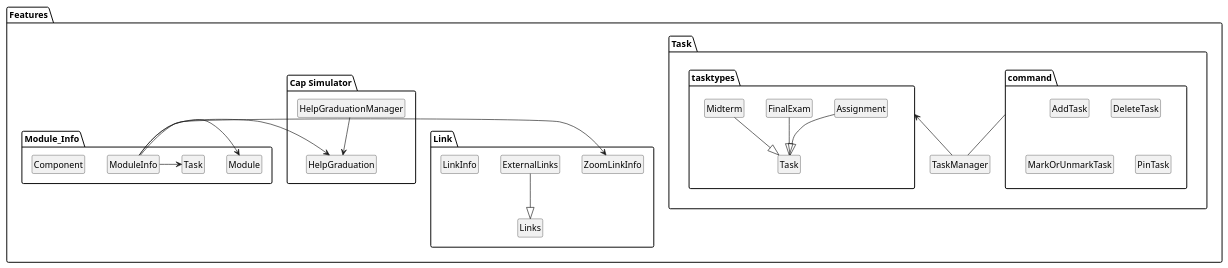
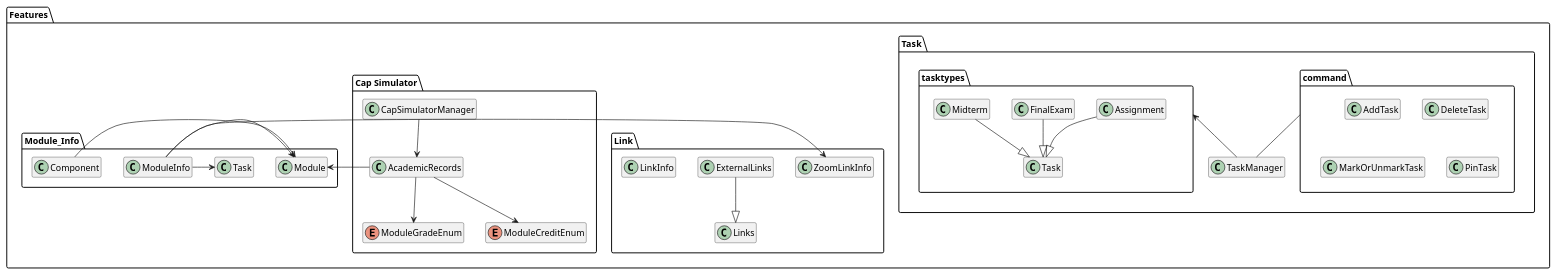
One commit to nus-cs2113-AY2021S2/tp changed the diagram in docs/diagrams/featuresArchitecture.puml. Above: the diagram before and after it, drawn with PlantUML. The commit also changed 9 other files, not shown here.

Commit message:
make use of Enum class. Show SU grade in simulator version 1 and 2.

```diff
--- a/docs/diagrams/featuresArchitecture.puml
+++ b/docs/diagrams/featuresArchitecture.puml
@@ -1,56 +1,61 @@
 @startuml
 hide members
-hide circle
+
 package Features {
 
 package Task {
     package command {
         Class AddTask
         Class DeleteTask
         Class MarkOrUnmarkTask
         Class PinTask
     }
     Class TaskManager
     command -- TaskManager
     tasktypes <-- TaskManager
     package tasktypes {
             Class Assignment
             Class FinalExam
             Class Midterm
             Class Task
 
             Assignment --|> Task
             Midterm --|> Task
             FinalExam --|> Task
         }
 }
 
 package Link {
   Class ExternalLinks
   Class LinkInfo
   Class Links
   Class ZoomLinkInfo
 
 ExternalLinks --|> Links
 }
 
 package "Cap Simulator" {
-  Class HelpGraduation
-  Class HelpGraduationManager
+  Class AcademicRecords
+  Class CapSimulatorManager
+  Enum ModuleGradeEnum
+  Enum ModuleCreditEnum
 
-HelpGraduationManager --> HelpGraduation
+AcademicRecords --> ModuleCreditEnum
+AcademicRecords --> ModuleGradeEnum
+CapSimulatorManager --> AcademicRecords
 }
 
 package Module_Info {
     Class ModuleInfo
     Class Module
     Class Component
 
     ModuleInfo -> Module
     ModuleInfo -> Task
     ModuleInfo -> ZoomLinkInfo
-    ModuleInfo -> HelpGraduation
+    Component -> Module
+    Module <- AcademicRecords
 }
 
 }
 @enduml
```
